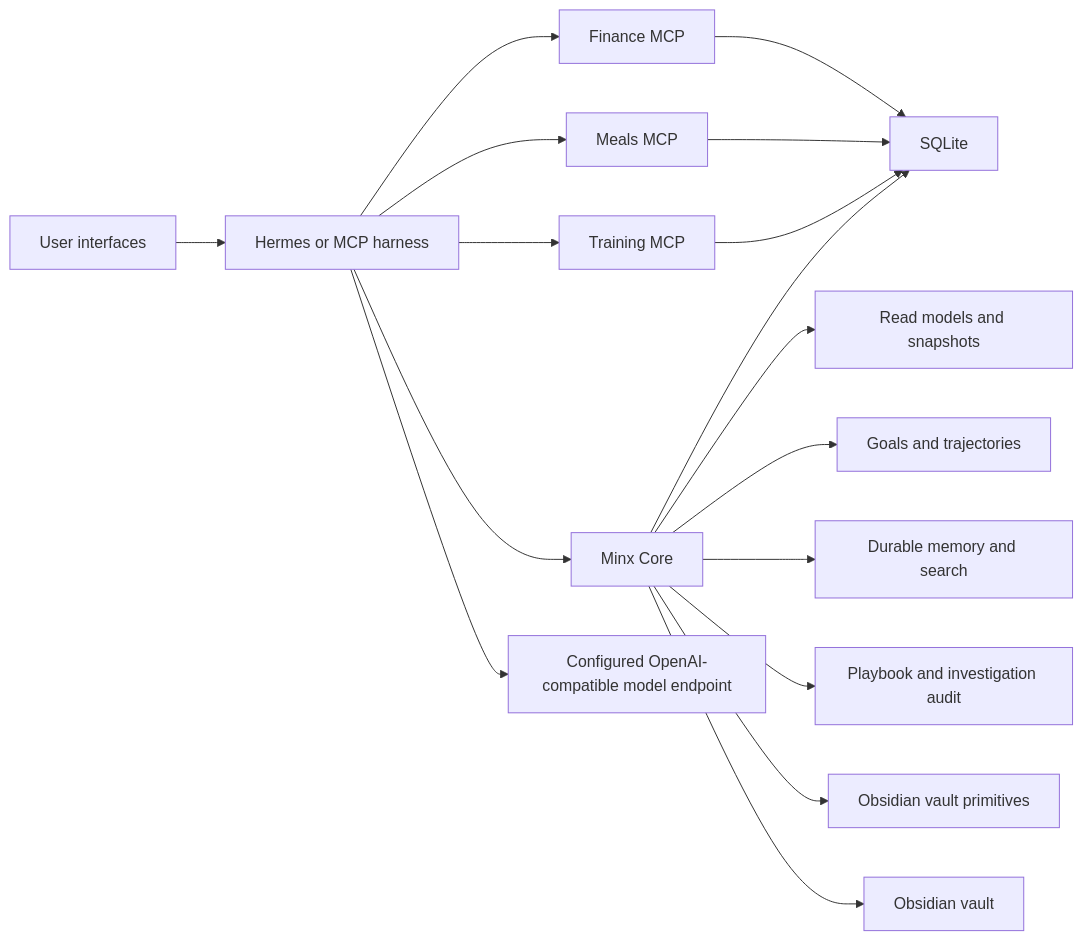
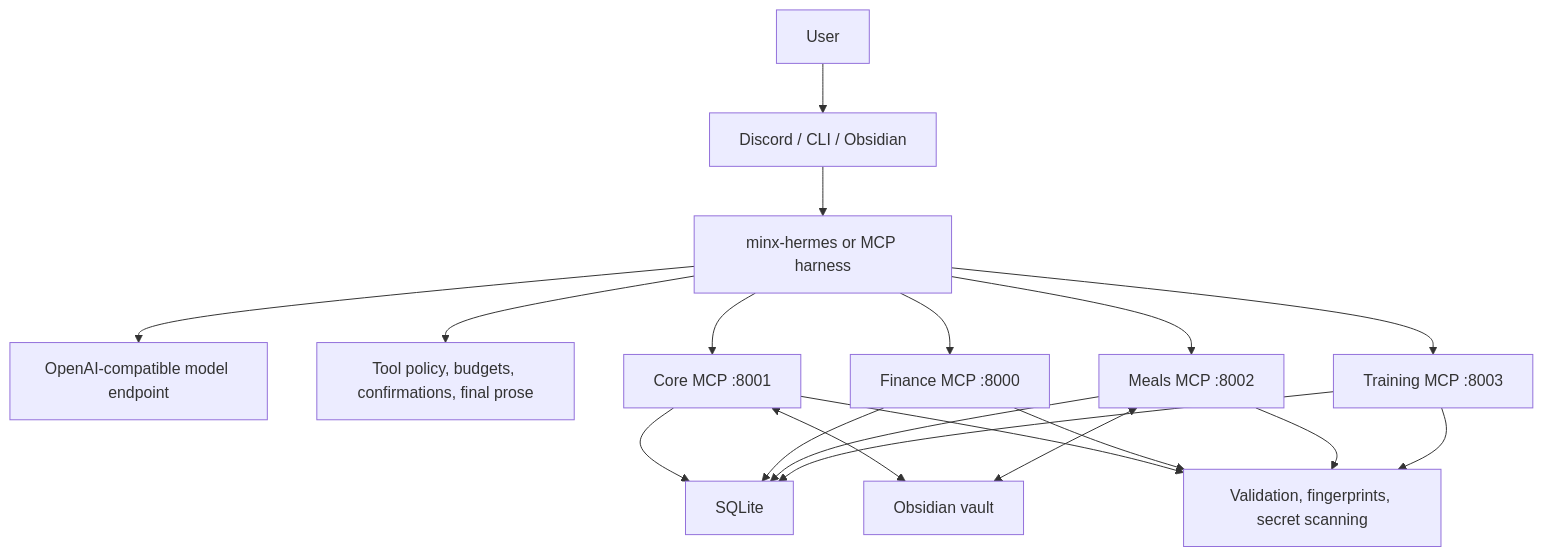
One commit to akminx/minx changed the diagram in README.md. Above: the diagram before and after it, drawn with Mermaid. The commit also changed other lines of this file and 1 other file, not shown here.

Commit message:
chore: clarify architecture diagrams
Show the actual Minx runtime and persistence boundaries with separate context, tool-flow, and vault-sync views.

Made-with: Cursor

````diff
--- a/README.md
+++ b/README.md
@@ -39,19 +39,26 @@
 ```mermaid
-flowchart LR
-    U["User interfaces"] --> H["Hermes or MCP harness"]
-    H --> F["Finance MCP"]
-    H --> M["Meals MCP"]
-    H --> T["Training MCP"]
-    H --> C["Minx Core"]
-    C --> R["Read models and snapshots"]
-    C --> G["Goals and trajectories"]
-    C --> MEM["Durable memory and search"]
-    C --> A["Playbook and investigation audit"]
-    C --> V["Obsidian vault primitives"]
-    F --> DB["SQLite"]
-    M --> DB
-    T --> DB
-    C --> DB
-    C --> VAULT["Obsidian vault"]
-    H --> LLM["Configured OpenAI-compatible model endpoint"]
+flowchart TB
+    U["User"] --> UI["Discord / CLI / Obsidian"]
+    UI --> H["minx-hermes or MCP harness"]
+
+    H --> LLM["OpenAI-compatible model endpoint"]
+    H --> POLICY["Tool policy, budgets, confirmations, final prose"]
+
+    H --> CORE["Core MCP :8001"]
+    H --> FIN["Finance MCP :8000"]
+    H --> MEALS["Meals MCP :8002"]
+    H --> TRAIN["Training MCP :8003"]
+
+    CORE --> DB["SQLite"]
+    FIN --> DB
+    MEALS --> DB
+    TRAIN --> DB
+
+    CORE <--> VAULT["Obsidian vault"]
+    MEALS <--> VAULT
+
+    CORE --> SAFETY["Validation, fingerprints, secret scanning"]
+    FIN --> SAFETY
+    MEALS --> SAFETY
+    TRAIN --> SAFETY
 ```
````
